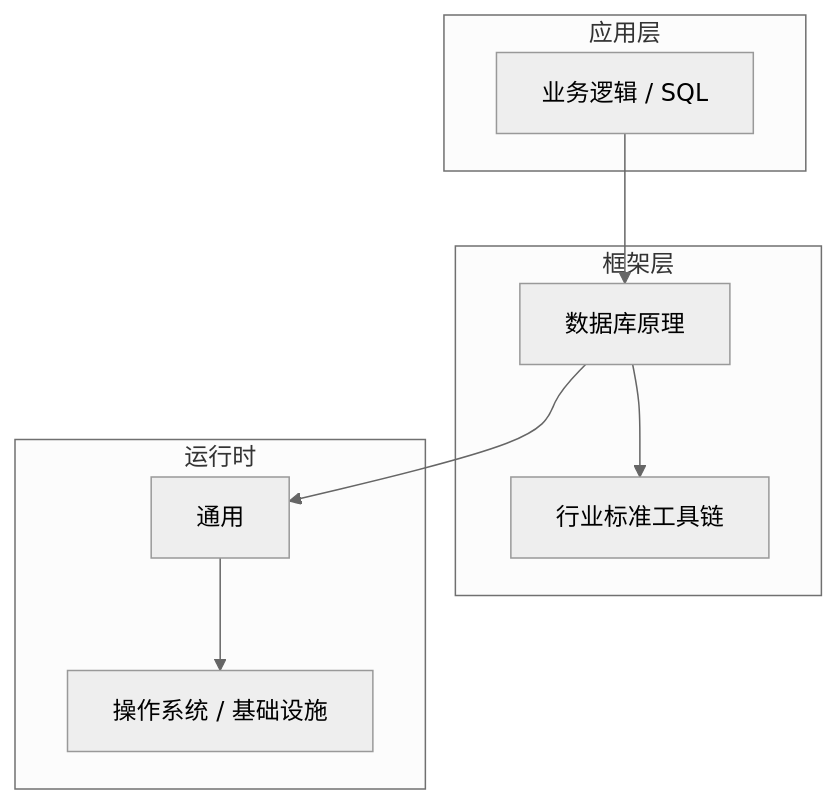
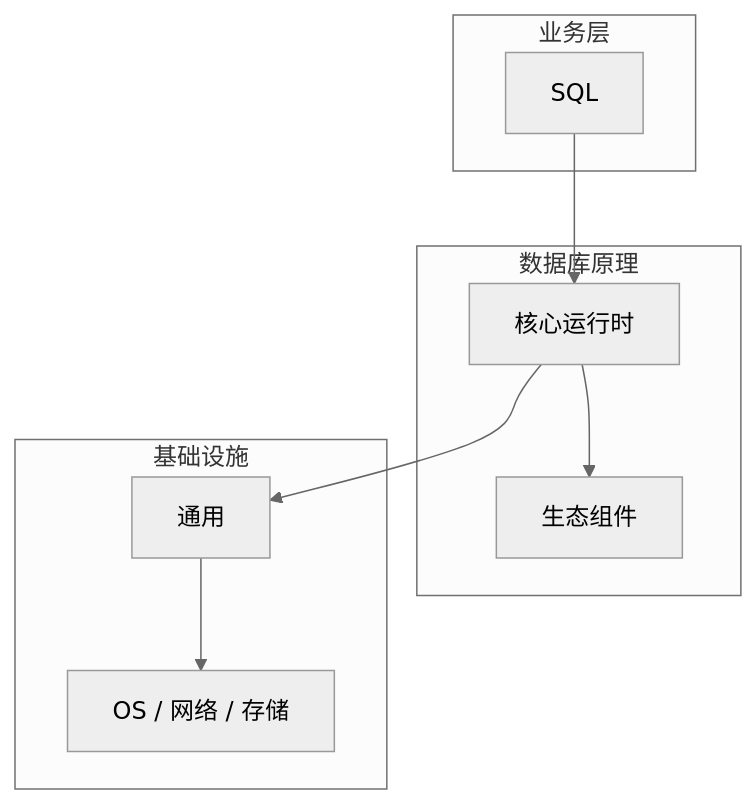
The diagram in articles/数据库原理/chapters/016-SQL核心概念与原理.md (yanggan2015/knowledge-json-v2), drawn with Mermaid (neutral theme) before and after one commit. The commit also changed other lines of this file and 10127 other files, not shown here.

````diff
--- a/articles/数据库原理/chapters/016-SQL核心概念与原理.md
+++ b/articles/数据库原理/chapters/016-SQL核心概念与原理.md
@@ -45,18 +34,18 @@
 ```mermaid
 graph TB
-    subgraph 应用层
-        A[业务逻辑 / SQL]
+    subgraph 业务层
+        A[SQL]
     end
-    subgraph 框架层
-        B[数据库原理]
-        C[行业标准工具链]
+    subgraph 数据库原理
+        B[核心运行时]
+        C[生态组件]
     end
-    subgraph 运行时
+    subgraph 基础设施
         D[通用]
-        E[操作系统 / 基础设施]
+        E[OS / 网络 / 存储]
     end
     A --> B
     B --> C
     B --> D
     D --> E
 ```
````
